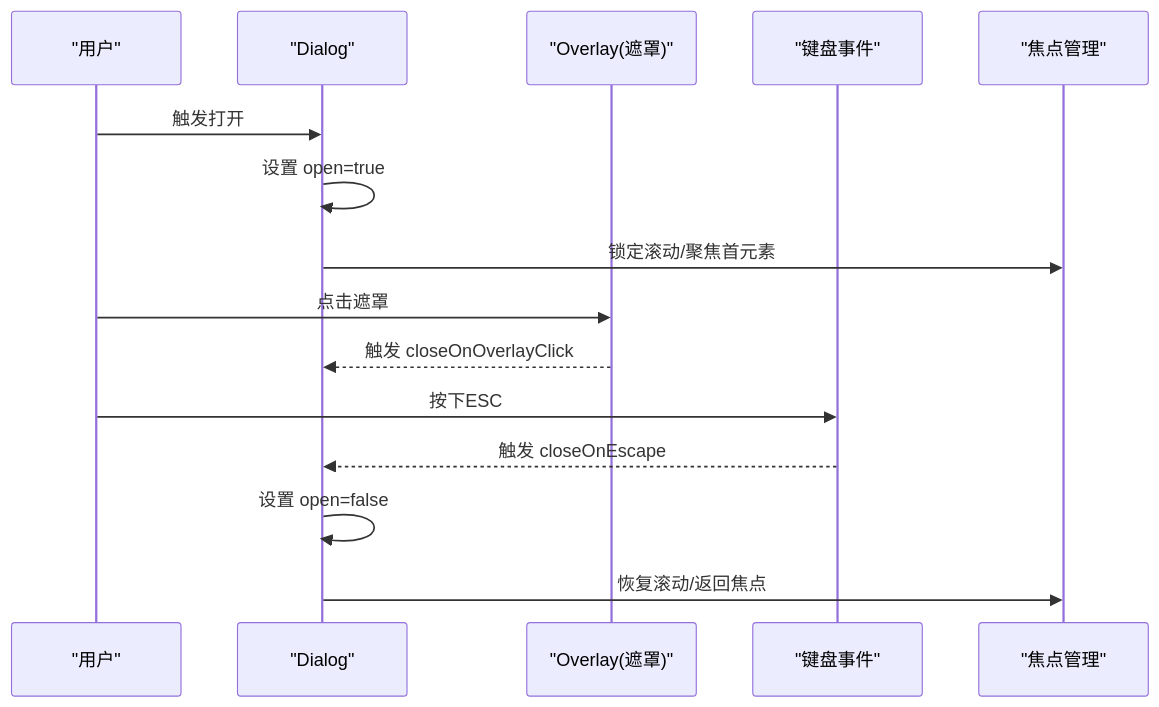
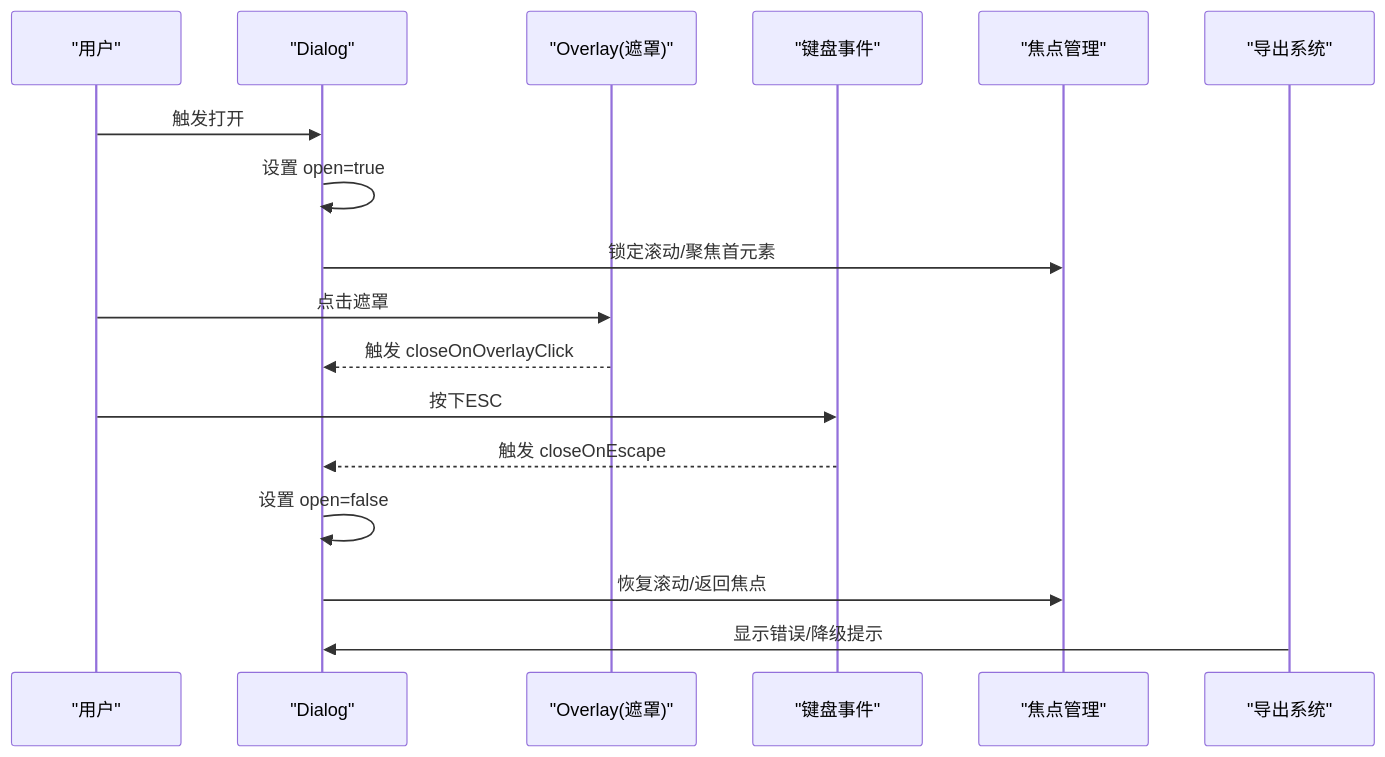
Before and after one commit to scottcwy/PurpleInk: the fourth of 8 diagrams in .qoder/repowiki/zh/content/前端架构/组件系统/基础UI组件.md, drawn with Mermaid. The commit also changed other lines of this file and 109 other files, not shown here.

````diff
--- a/.qoder/repowiki/zh/content/前端架构/组件系统/基础UI组件.md
+++ b/.qoder/repowiki/zh/content/前端架构/组件系统/基础UI组件.md
@@ -202,17 +268,19 @@
 ```mermaid
 sequenceDiagram
 participant U as "用户"
 participant D as "Dialog"
 participant O as "Overlay(遮罩)"
 participant K as "键盘事件"
 participant F as "焦点管理"
+participant E as "导出系统"
 U->>D : 触发打开
 D->>D : 设置 open=true
 D->>F : 锁定滚动/聚焦首元素
 U->>O : 点击遮罩
 O-->>D : 触发 closeOnOverlayClick
 U->>K : 按下ESC
 K-->>D : 触发 closeOnEscape
 D->>D : 设置 open=false
 D->>F : 恢复滚动/返回焦点
+E->>D : 显示错误/降级提示
 ```
````
